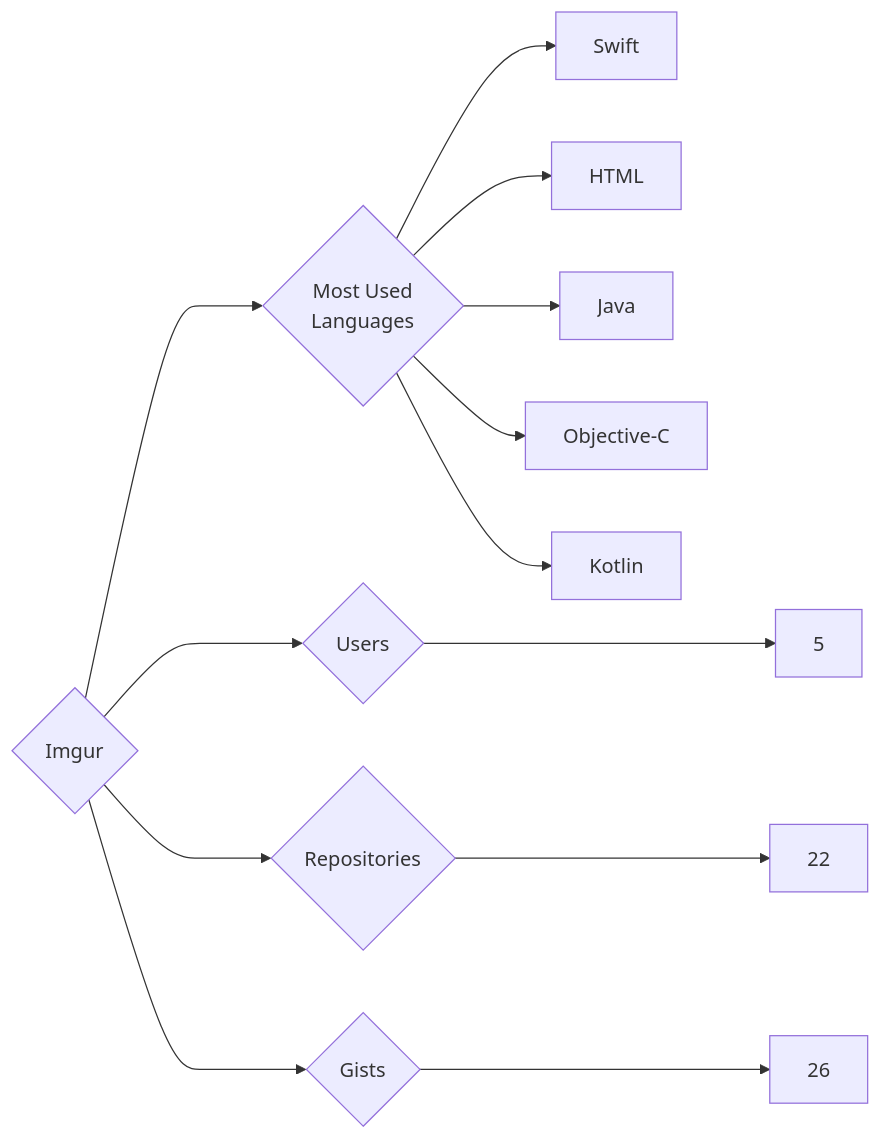
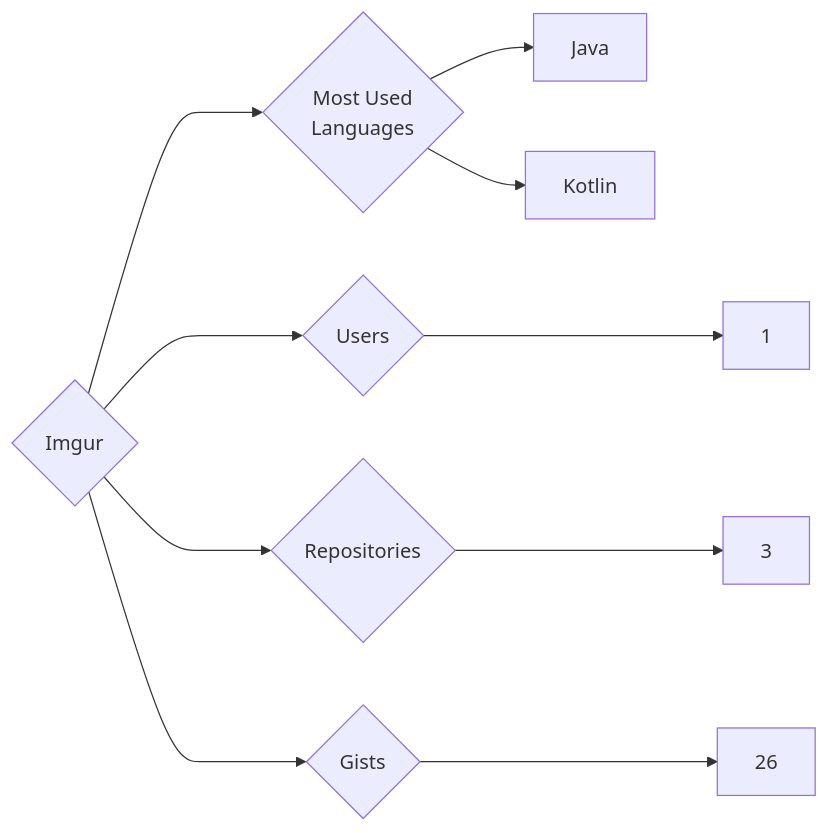
The diagram in targets/Imgur/README.md (trickest/insiders), drawn with Mermaid before and after one commit. The commit also changed 894 other files, not shown here.

````diff
--- a/targets/Imgur/README.md
+++ b/targets/Imgur/README.md
@@ -3,13 +3,10 @@
 ```mermaid
 graph LR
 COMPANY_NAME{Imgur}
-COMPANY_NAME ---> U{Users} ---> UN[5]
-COMPANY_NAME ---> R{Repositories} ---> RN[22]
+COMPANY_NAME ---> U{Users} ---> UN[1]
+COMPANY_NAME ---> R{Repositories} ---> RN[3]
 COMPANY_NAME ---> G{Gists} ---> GN[26]
 COMPANY_NAME ---> ML{Most Used<br>Languages}
-ML --> Swift[Swift]
-ML --> HTML[HTML]
 ML --> Java[Java]
-ML --> Objective-C[Objective-C]
 ML --> Kotlin[Kotlin]
 ```
````
